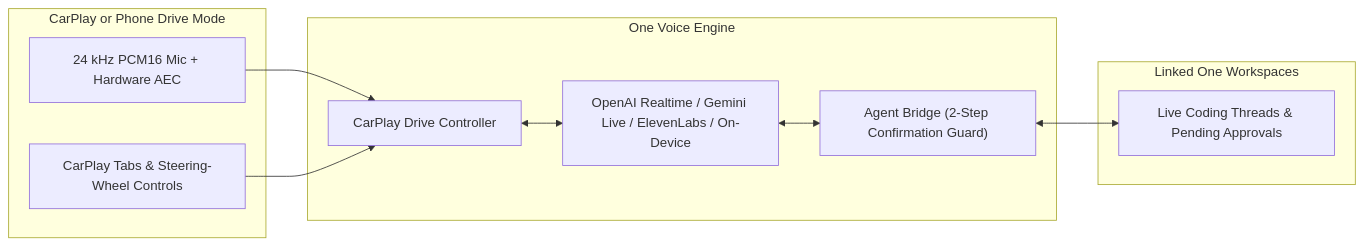
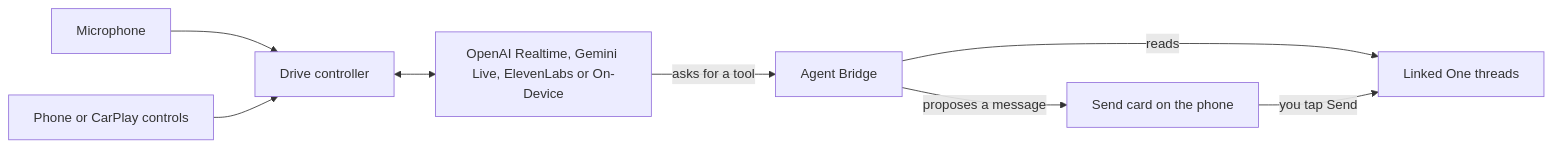
The diagram in docs/user/carplay-voice.md (jroell/one), drawn with Mermaid before and after one commit. The commit also changed other lines of this file and 50 other files, not shown here.

Commit message:
feat(mobile): one gold standard palette, Drive polish and a guarded send card

````diff
--- a/docs/user/carplay-voice.md
+++ b/docs/user/carplay-voice.md
@@ -18,23 +18,10 @@
 ```mermaid
 flowchart LR
-  subgraph Input["CarPlay or Phone Drive Mode"]
-    Mic["24 kHz PCM16 Mic + Hardware AEC"]
-    Controls["CarPlay Tabs & Steering-Wheel Controls"]
-  end
-
-  subgraph Engine["One Voice Engine"]
-    Ctrl["CarPlay Drive Controller"]
-    Transport["OpenAI Realtime / Gemini Live / ElevenLabs / On-Device"]
-    Bridge["Agent Bridge (2-Step Confirmation Guard)"]
-  end
-
-  subgraph Workspace["Linked One Workspaces"]
-    Threads["Live Coding Threads & Pending Approvals"]
-  end
-
-  Mic --> Ctrl
-  Controls --> Ctrl
-  Ctrl <--> Transport
-  Transport <--> Bridge
-  Bridge <--> Threads
+  Mic["Microphone"] --> Controller["Drive controller"]
+  Controls["Phone or CarPlay controls"] --> Controller
+  Controller <--> Provider["OpenAI Realtime, Gemini Live, ElevenLabs or On-Device"]
+  Provider -->|asks for a tool| Bridge["Agent Bridge"]
+  Bridge -->|reads| Threads["Linked One threads"]
+  Bridge -->|proposes a message| Card["Send card on the phone"]
+  Card -->|you tap Send| Threads
 ```
````
